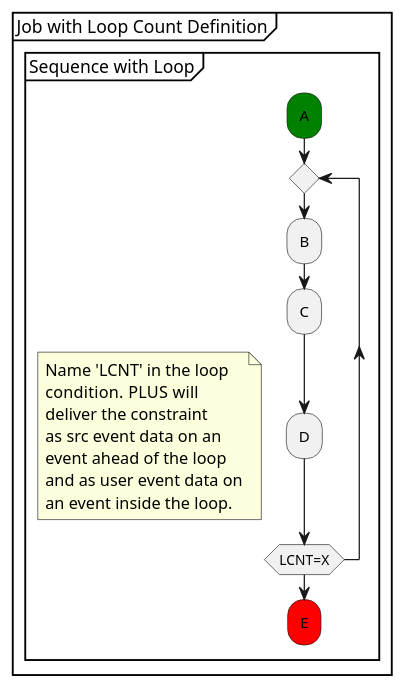
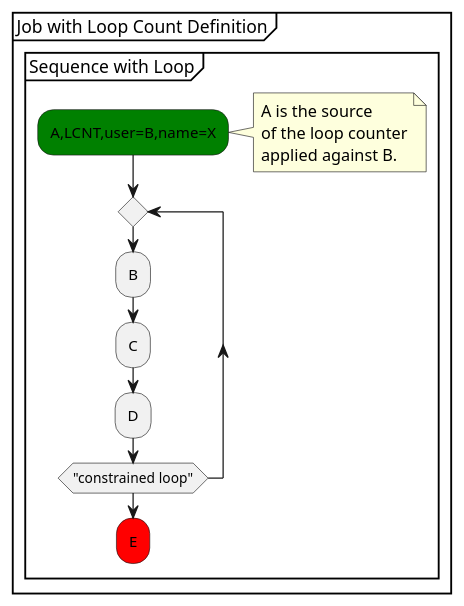
Before and after one commit to xtuml/munin: the diagram in models/SequenceVerificationDataCentric/puml/Tutorial_17.puml, drawn with PlantUML. The commit also changed 5 other files, not shown here.

```diff
--- a/models/SequenceVerificationDataCentric/puml/Tutorial_17.puml
+++ b/models/SequenceVerificationDataCentric/puml/Tutorial_17.puml
@@ -7,22 +7,18 @@
 @startuml
 partition "Job with Loop Count Definition" {
   group "Sequence with Loop"
-    #green:A;
+    #green:A,LCNT,user=B,name=X;
+    note right
+      A is the source
+      of the loop counter
+      applied against B.
+    end note
     repeat
       :B;
       :C;
       :D;
-    repeat while (LCNT=X)
-    floating note
-      Name 'LCNT' in the loop
-      condition.  PLUS will
-      deliver the constraint
-      as src event data on an
-      event ahead of the loop
-      and as user event data on
-      an event inside the loop.
-    end note
+    repeat while ("constrained loop")
     #red:E;
 end group
 }
 @enduml
```
